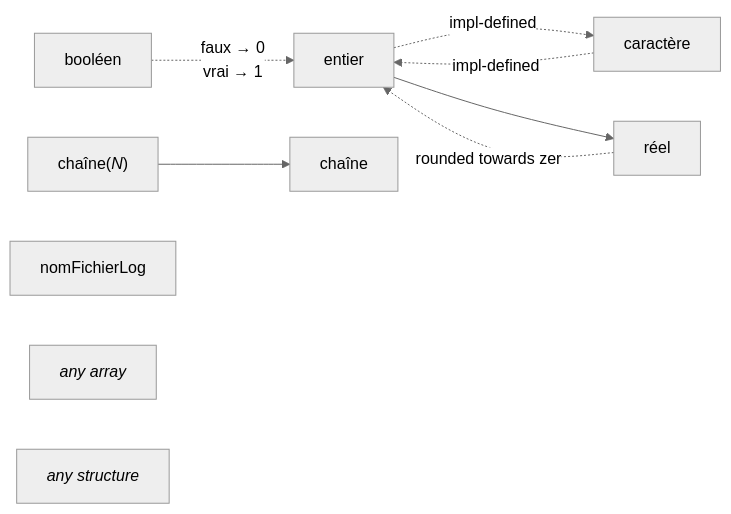
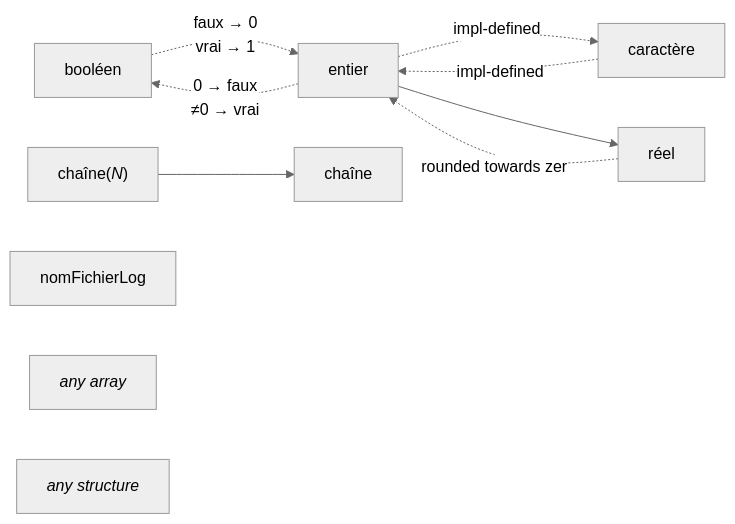
The diagram in docs/Conversions.md (5cover/psdc), drawn with Mermaid (neutral theme) before and after one commit. The commit also changed 4 other files, not shown here.

````diff
--- a/docs/Conversions.md
+++ b/docs/Conversions.md
@@ -10,12 +10,13 @@
 ```mermaid
 flowchart LR
 booléen -.faux &rarr; 0<br>vrai &rarr; 1.-> entier
+entier -.0 &rarr; faux<br>&ne;0 &rarr; vrai.-> booléen
 caractère -.impl-defined.-> entier
 entier -.impl-defined.-> caractère
 chaîneN["chaîne(<var>N</var>)"] --> chaîne
 entier --> réel
 réel -.rounded towards zero.->entier
 nomFichierLog
 arrays["<em>any array</em>"]
 structures["<em>any structure</em>"]
 ```
````
